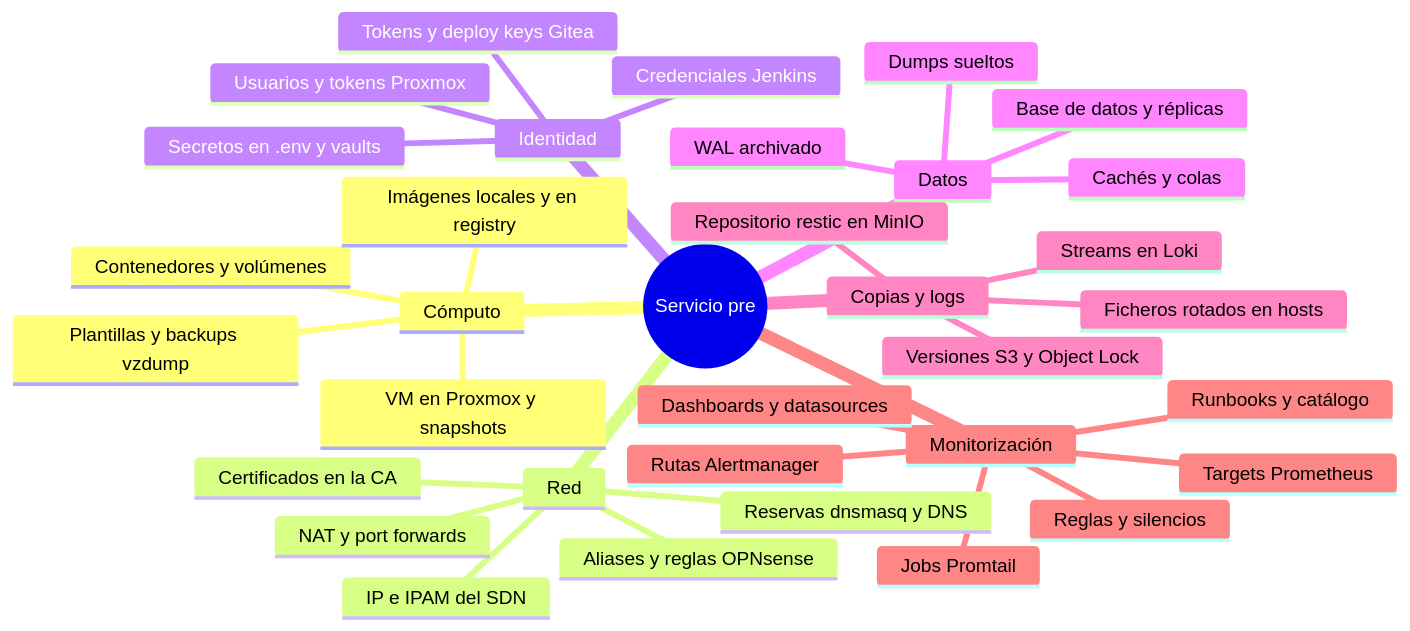
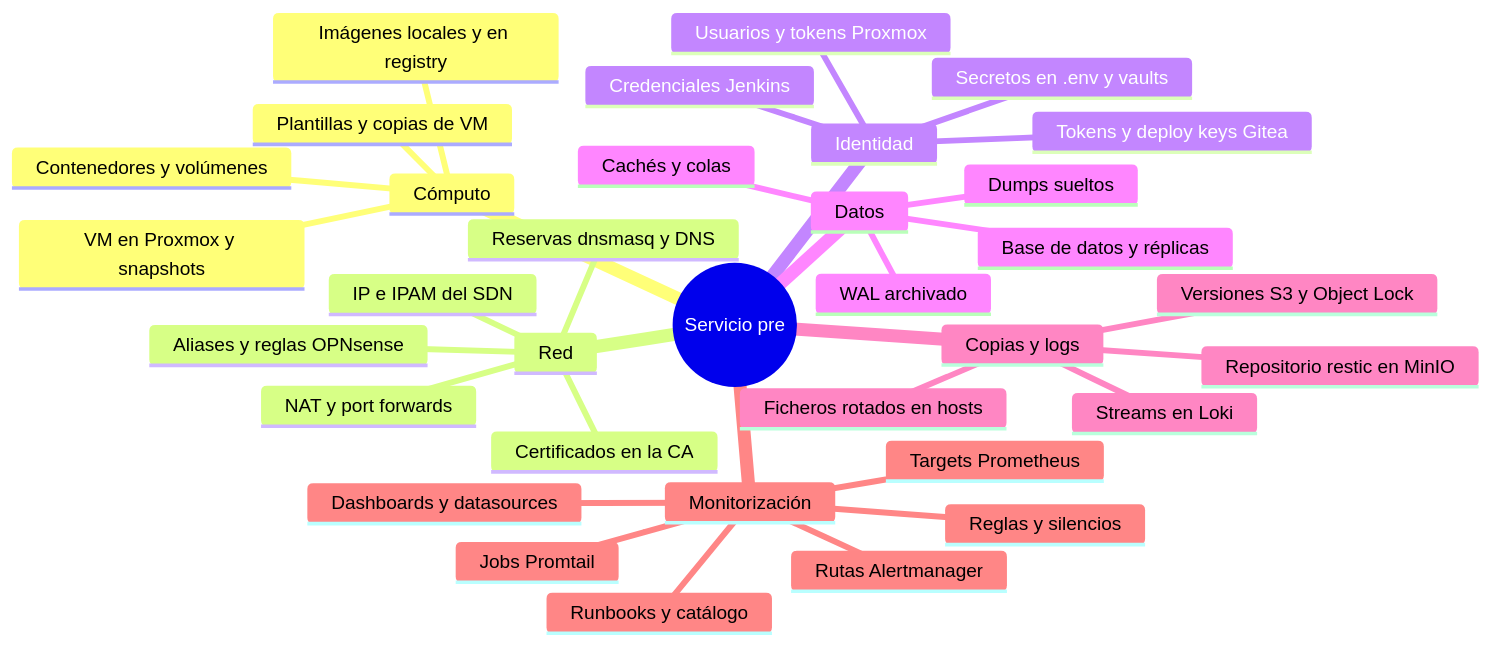
Before and after one commit to victor-educ/apuntes-5169: the second of 5 diagrams in docs/ut/ut8-terminacion-segura.md, drawn with Mermaid. The commit also changed other lines of this file and 9 other files, not shown here.

````diff
--- a/docs/ut/ut8-terminacion-segura.md
+++ b/docs/ut/ut8-terminacion-segura.md
@@ -76,37 +76,37 @@
 ```mermaid
 mindmap
   root((Servicio pre))
     Cómputo
       Contenedores y volúmenes
       Imágenes locales y en registry
       VM en Proxmox y snapshots
-      Plantillas y backups vzdump
+      Plantillas y copias de VM
     Red
       IP e IPAM del SDN
       Reservas dnsmasq y DNS
       Aliases y reglas OPNsense
       NAT y port forwards
       Certificados en la CA
     Identidad
       Usuarios y tokens Proxmox
       Credenciales Jenkins
       Tokens y deploy keys Gitea
       Secretos en .env y vaults
     Datos
       Base de datos y réplicas
       Dumps sueltos
       Cachés y colas
       WAL archivado
     Copias y logs
       Repositorio restic en MinIO
       Versiones S3 y Object Lock
       Streams en Loki
       Ficheros rotados en hosts
     Monitorización
       Targets Prometheus
       Reglas y silencios
       Rutas Alertmanager
       Dashboards y datasources
       Jobs Promtail
       Runbooks y catálogo
 ```
````
